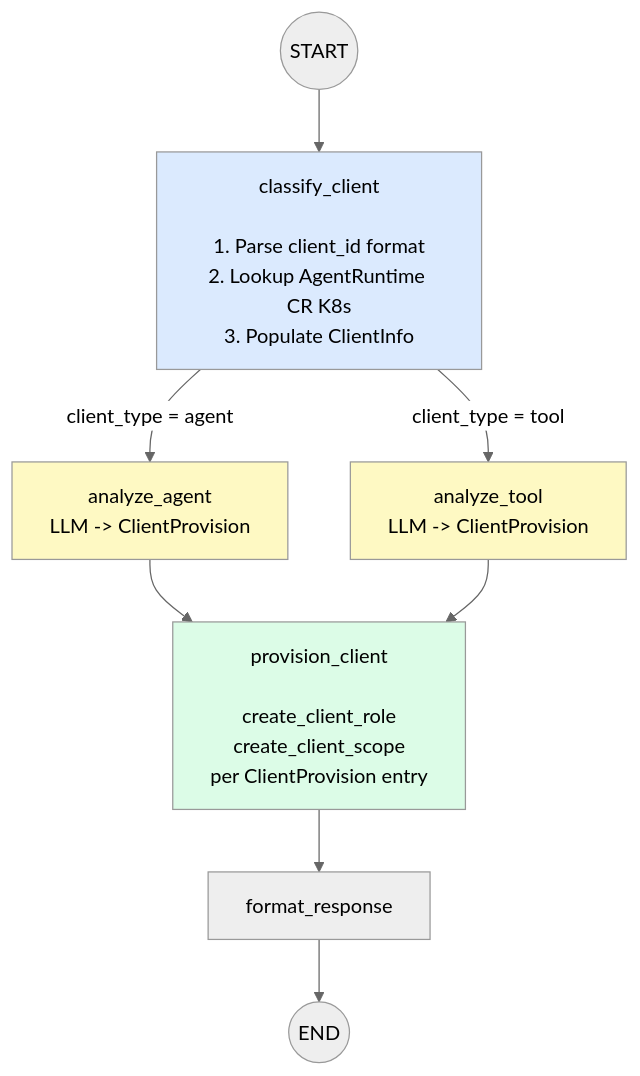
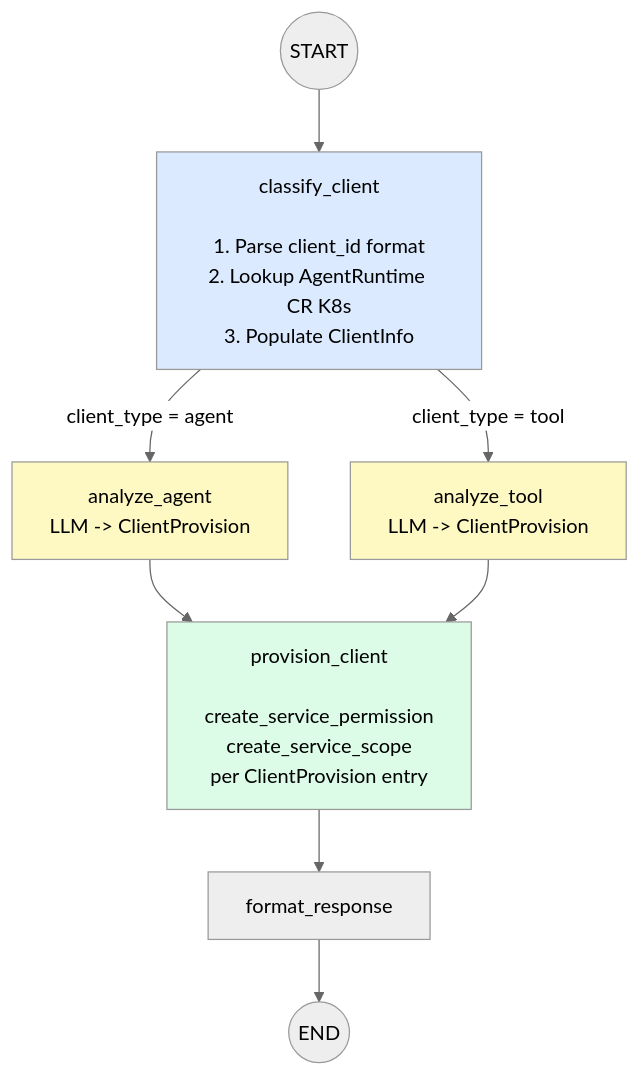
One commit to rossoctl/aiac changed the second of 8 diagrams in inception/requirements/components/aiac-agent.md. Above: the diagram before and after it, drawn with Mermaid (neutral theme). The commit also changed other lines of this file and 6 other files, not shown here.

````diff
--- a/inception/requirements/components/aiac-agent.md
+++ b/inception/requirements/components/aiac-agent.md
@@ -100,18 +98,18 @@
 ```mermaid
 flowchart TD
     START(("START")) --> CLASSIFY["classify_client\n\n1. Parse client_id format\n2. Lookup AgentRuntime CR K8s\n3. Populate ClientInfo"]
 
     CLASSIFY -->|"client_type = agent"| ANALYZE_AGENT["analyze_agent\nLLM -> ClientProvision"]
     CLASSIFY -->|"client_type = tool"| ANALYZE_TOOL["analyze_tool\nLLM -> ClientProvision"]
 
-    ANALYZE_AGENT --> PROVISION["provision_client\n\ncreate_client_role\ncreate_client_scope\nper ClientProvision entry"]
+    ANALYZE_AGENT --> PROVISION["provision_client\n\ncreate_service_permission\ncreate_service_scope\nper ClientProvision entry"]
     ANALYZE_TOOL --> PROVISION
 
     PROVISION --> FORMAT["format_response"]
     FORMAT --> END(("END"))
 
     style CLASSIFY fill:#dbeafe
     style ANALYZE_AGENT fill:#fef9c3
     style ANALYZE_TOOL fill:#fef9c3
     style PROVISION fill:#dcfce7
 ```
````
